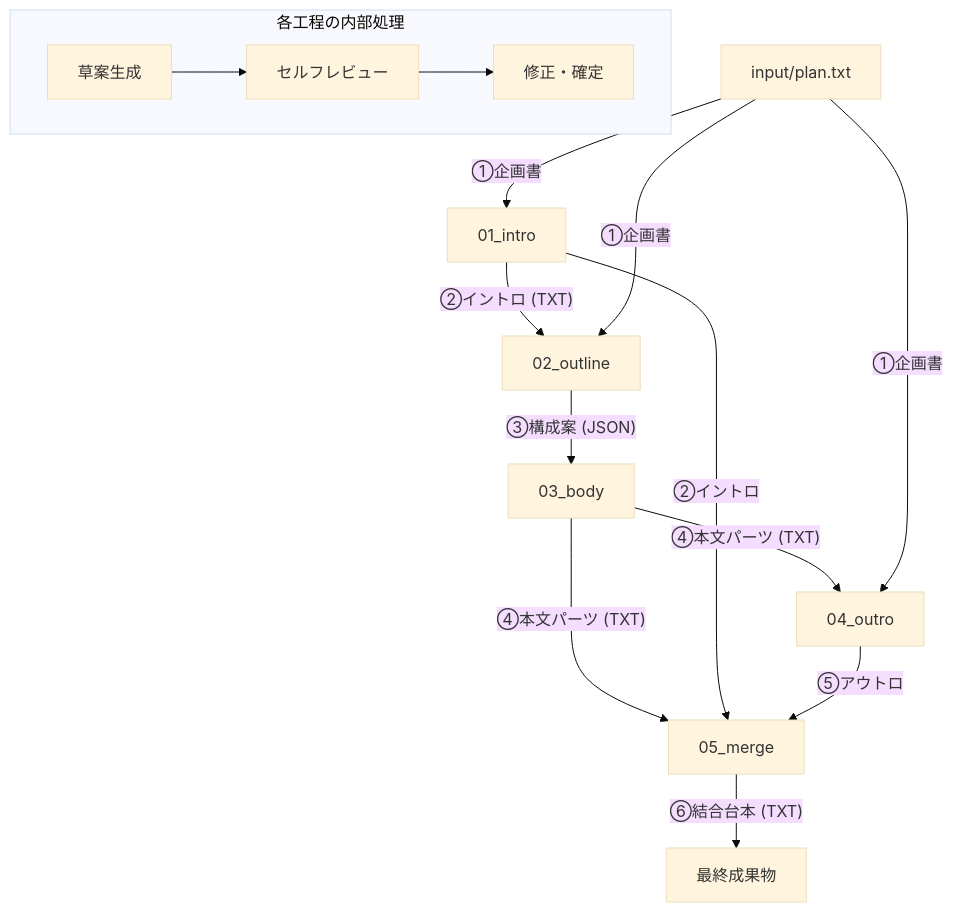
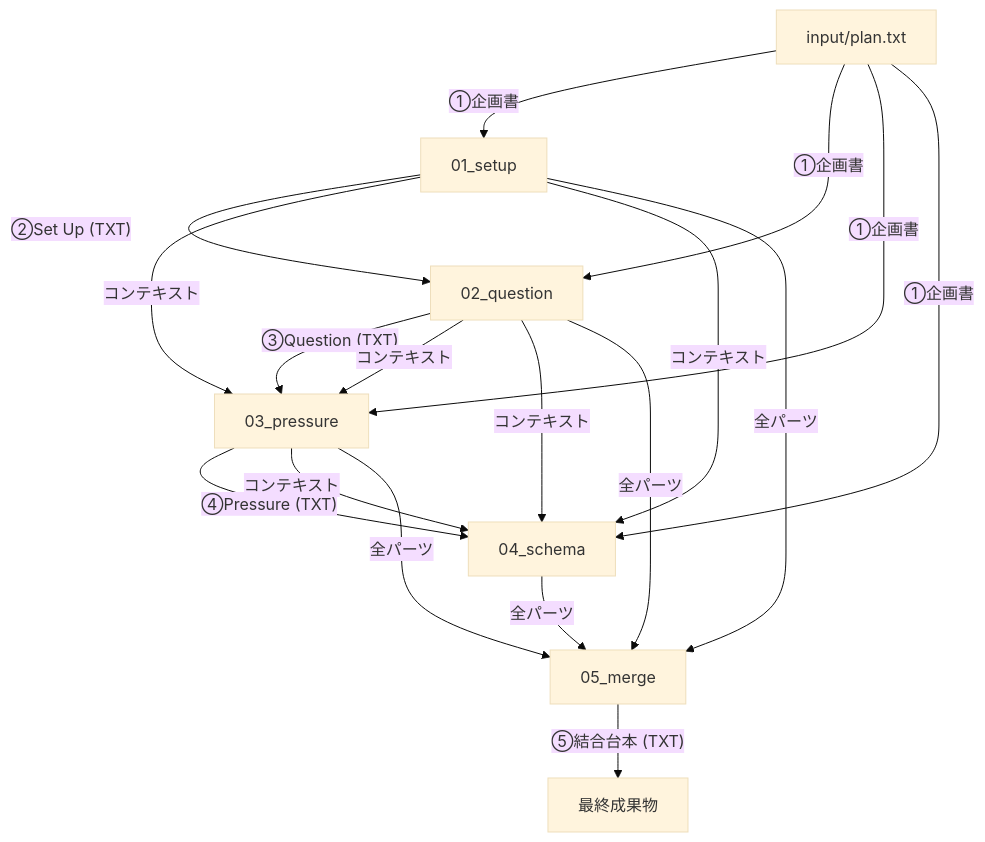
The diagram in README.md (yoshiInGit/thb-footage), drawn with Mermaid (base theme) before and after one commit. The commit also changed other lines of this file and 28 other files, not shown here.

````diff
--- a/README.md
+++ b/README.md
@@ -37,17 +27,14 @@
 ```mermaid
 graph TD
-    P[input/plan.txt] -- ①企画書 --> A[01_intro]
-    A -- "②イントロ (TXT)" --> B[02_outline]
+    P[input/plan.txt] -- ①企画書 --> A[01_setup]
+    A -- "②Set Up (TXT)" --> B[02_question]
     P -- ①企画書 --> B
-    B -- "③構成案 (JSON)" --> C[03_body]
-    C -- "④本文パーツ (TXT)" --> D[04_outro]
+    B -- "③Question (TXT)" --> C[03_pressure]
+    P -- ①企画書 --> C
+    A & B -- "コンテキスト" --> C
+    C -- "④Pressure (TXT)" --> D[04_schema]
     P -- ①企画書 --> D
-    C -- "④本文パーツ (TXT)" --> E[05_merge]
-    A -- "②イントロ" --> E
-    D -- "⑤アウトロ" --> E
-    E -- "⑥結合台本 (TXT)" --> F[最終成果物]
-
-    subgraph "各工程の内部処理"
-    S1[草案生成] --> S2[セルフレビュー] --> S3[修正・確定]
-    end
+    A & B & C -- "コンテキスト" --> D
+    A & B & C & D -- "全パーツ" --> E[05_merge]
+    E -- "⑤結合台本 (TXT)" --> F[最終成果物]
 ```
````
